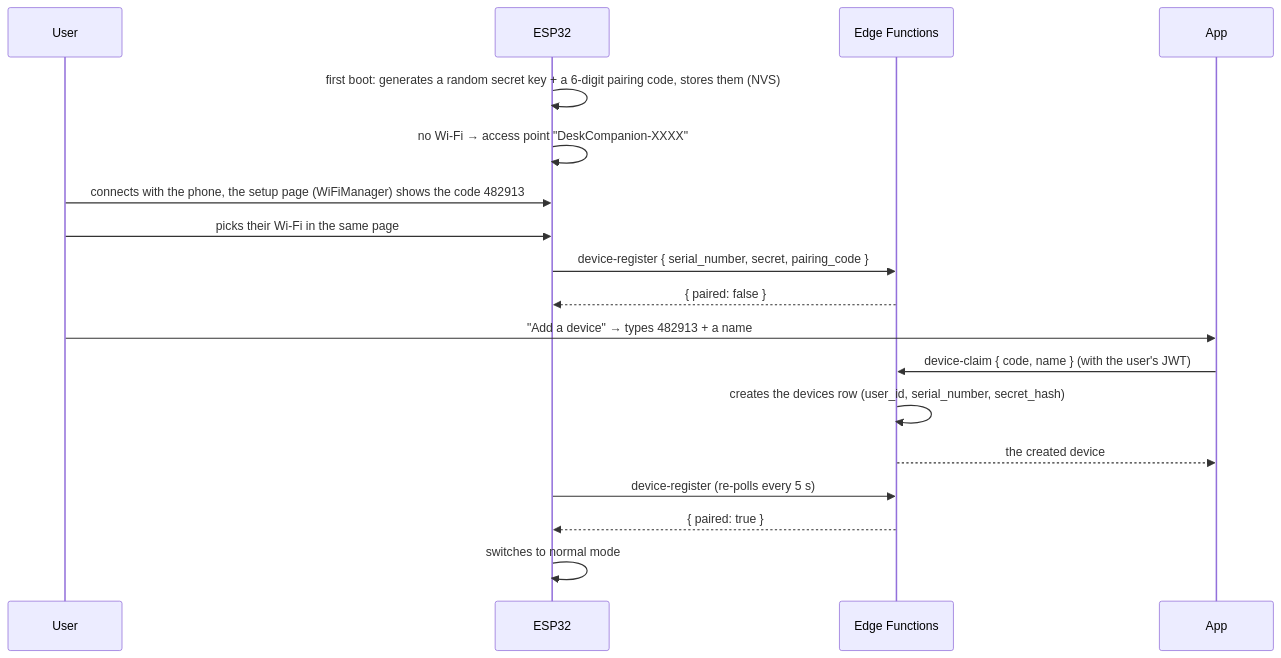
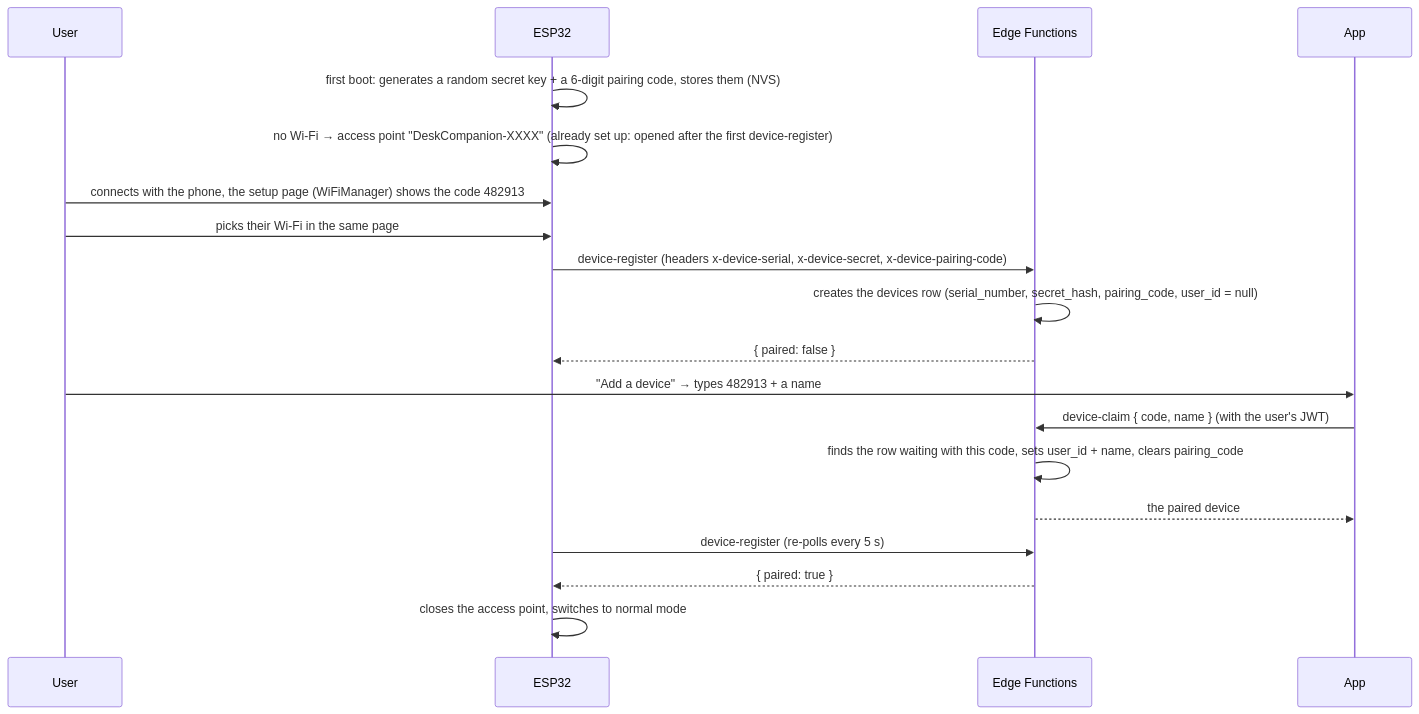
The second of 4 diagrams in docs/architecture.md (acronoxx/desk-companion), drawn with Mermaid before and after one commit. The commit also changed other lines of this file and 18 other files, not shown here.

````diff
--- a/docs/architecture.md
+++ b/docs/architecture.md
@@ -52,21 +52,22 @@
 ```mermaid
 sequenceDiagram
     participant U as User
     participant E as ESP32
     participant F as Edge Functions
     participant A as App
 
     E->>E: first boot: generates a random secret key + a 6-digit pairing code, stores them (NVS)
-    E->>E: no Wi-Fi → access point "DeskCompanion-XXXX"
+    E->>E: no Wi-Fi → access point "DeskCompanion-XXXX" (already set up: opened after the first device-register)
     U->>E: connects with the phone, the setup page (WiFiManager) shows the code 482913
     U->>E: picks their Wi-Fi in the same page
-    E->>F: device-register { serial_number, secret, pairing_code }
+    E->>F: device-register (headers x-device-serial, x-device-secret, x-device-pairing-code)
+    F->>F: creates the devices row (serial_number, secret_hash, pairing_code, user_id = null)
     F-->>E: { paired: false }
     U->>A: "Add a device" → types 482913 + a name
     A->>F: device-claim { code, name } (with the user's JWT)
-    F->>F: creates the devices row (user_id, serial_number, secret_hash)
-    F-->>A: the created device
+    F->>F: finds the row waiting with this code, sets user_id + name, clears pairing_code
+    F-->>A: the paired device
     E->>F: device-register (re-polls every 5 s)
     F-->>E: { paired: true }
-    E->>E: switches to normal mode
+    E->>E: closes the access point, switches to normal mode
 ```
````
